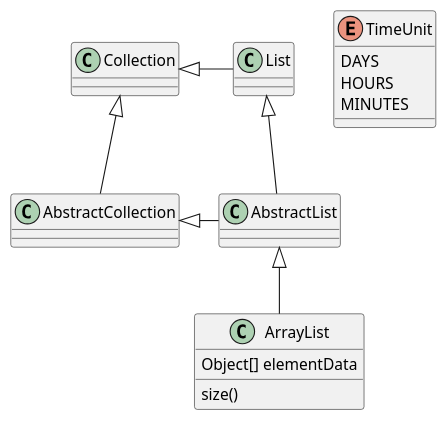
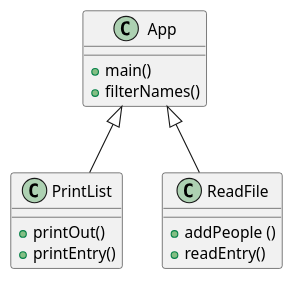
The diagram in src/main/java/ex41/ex41.puml (AwesomeDin/dinesh-cop3330-assignment3), drawn with PlantUML before and after one commit. The commit also changed 5 other files, not shown here.

```diff
--- a/src/main/java/ex41/ex41.puml
+++ b/src/main/java/ex41/ex41.puml
@@ -1,24 +1,23 @@
 @startuml
 'https://plantuml.com/class-diagram
 
-class AbstractList
+App <|-- PrintList
+App <|-- ReadFile
 
-List <|-- AbstractList
-Collection <|-- AbstractCollection
 
-Collection <|- List
-AbstractCollection <|- AbstractList
-AbstractList <|-- ArrayList
-
-class ArrayList {
-Object[] elementData
-size()
+class App {
++main()
++filterNames()
 }
 
-enum TimeUnit {
-DAYS
-HOURS
-MINUTES
+class PrintList {
++printOut()
++printEntry()
+}
+
+class ReadFile {
++addPeople ()
++readEntry()
 }
 
 @enduml
```
